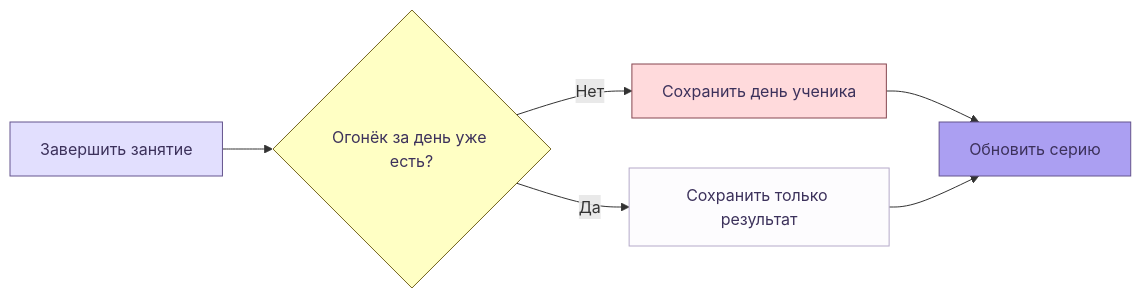
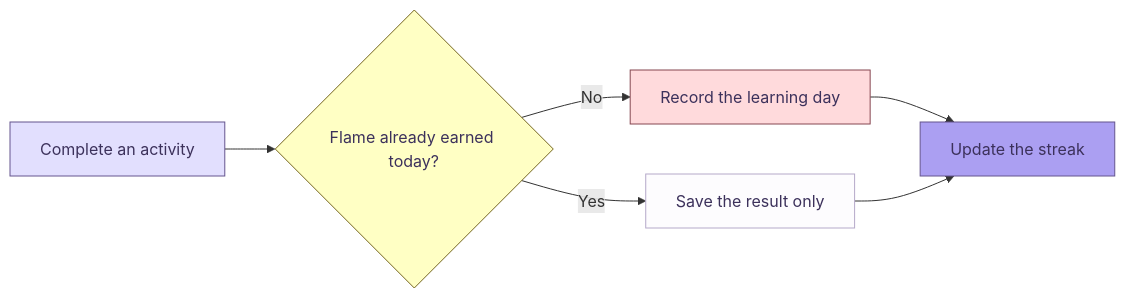
One commit to Hqzdev/ielts-prep changed the first of 2 diagrams in README.md. Above: the diagram before and after it, drawn with Mermaid. The commit also changed other lines of this file, not shown here.

````diff
--- a/README.md
+++ b/README.md
@@ -67,13 +67,13 @@
 ```mermaid
 flowchart LR
-    A[Завершить занятие] --> B{Огонёк за день уже есть?}
-    B -->|Нет| C[Сохранить день ученика]
-    B -->|Да| D[Сохранить только результат]
-    C --> E[Обновить серию]
+    A[Complete an activity] --> B{Flame already earned today?}
+    B -->|No| C[Record the learning day]
+    B -->|Yes| D[Save the result only]
+    C --> E[Update the streak]
     D --> E
     style A fill:#e2dffe,stroke:#65548e,color:#3c315b
     style B fill:#ffffc4,stroke:#74651f,color:#3c315b
     style C fill:#ffdadc,stroke:#864751,color:#3c315b
     style D fill:#fdfcfe,stroke:#b5a9c9,color:#3c315b
     style E fill:#ab9ff2,stroke:#65548e,color:#3c315b
 ```
````
